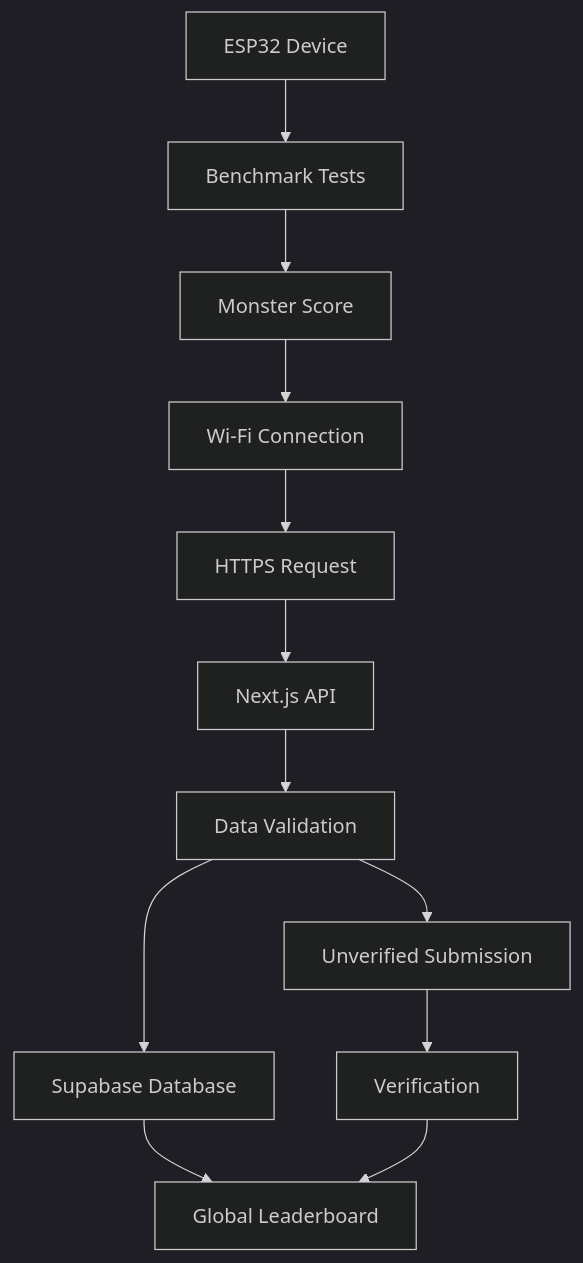
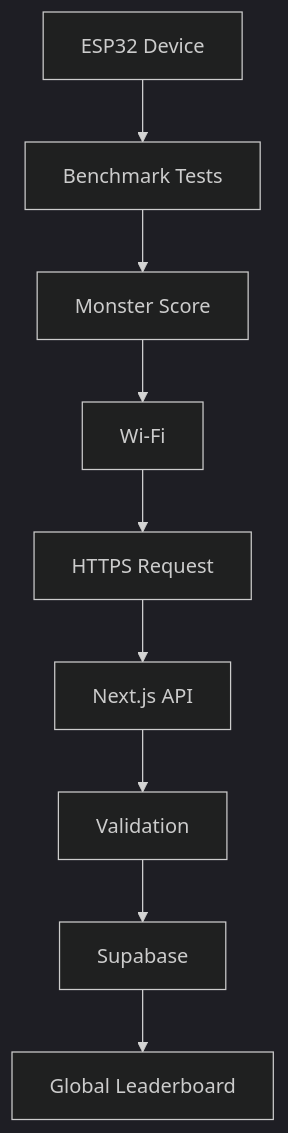
The first of 2 diagrams in README.md (HeyDander/esp32_benchmark), drawn with Mermaid (dark theme) before and after one commit. The commit also changed other lines of this file, not shown here.

````diff
--- a/README.md
+++ b/README.md
@@ -62,15 +66,11 @@
 ```mermaid
 flowchart TD
     A["ESP32 Device"] --> B["Benchmark Tests"]
     B --> C["Monster Score"]
-    C --> D["Wi-Fi Connection"]
+    C --> D["Wi-Fi"]
     D --> E["HTTPS Request"]
     E --> F["Next.js API"]
-    F --> G["Data Validation"]
-    G --> H["Supabase Database"]
+    F --> G["Validation"]
+    G --> H["Supabase"]
     H --> I["Global Leaderboard"]
-    
-    G --> J["Unverified Submission"]
-    J --> K["Verification"]
-    K --> I
 ```
````
